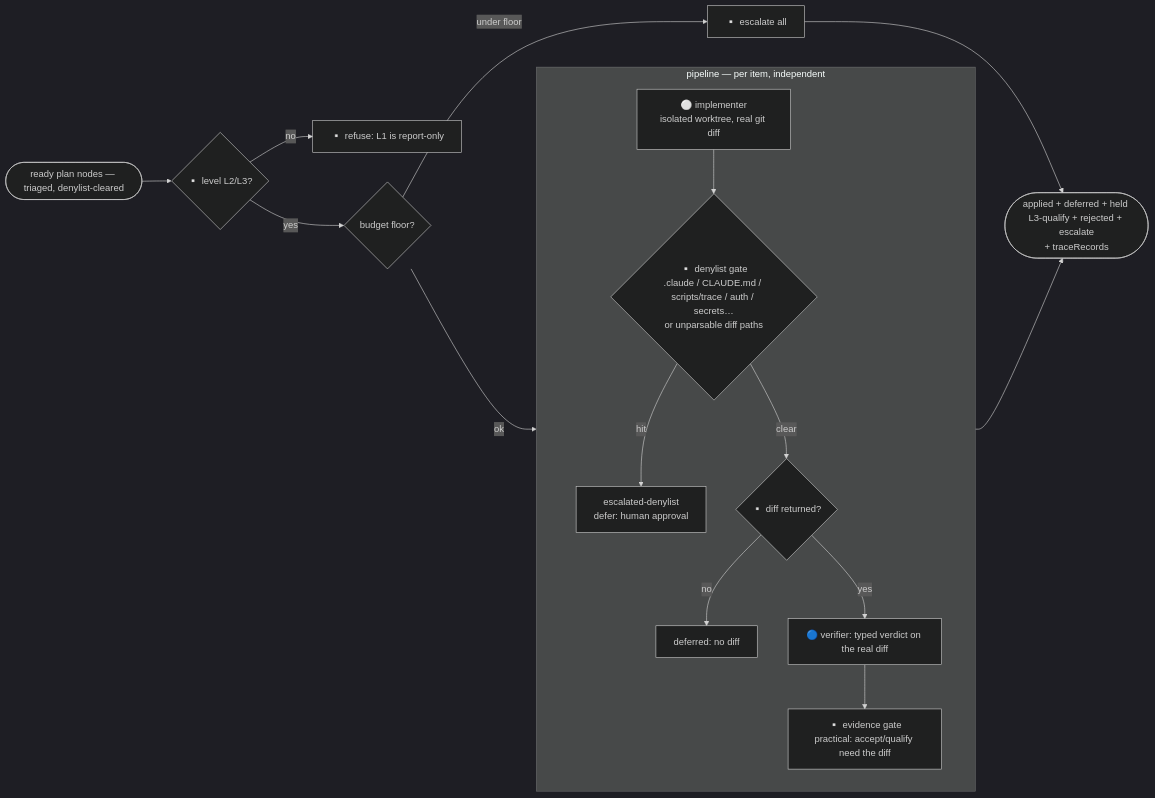
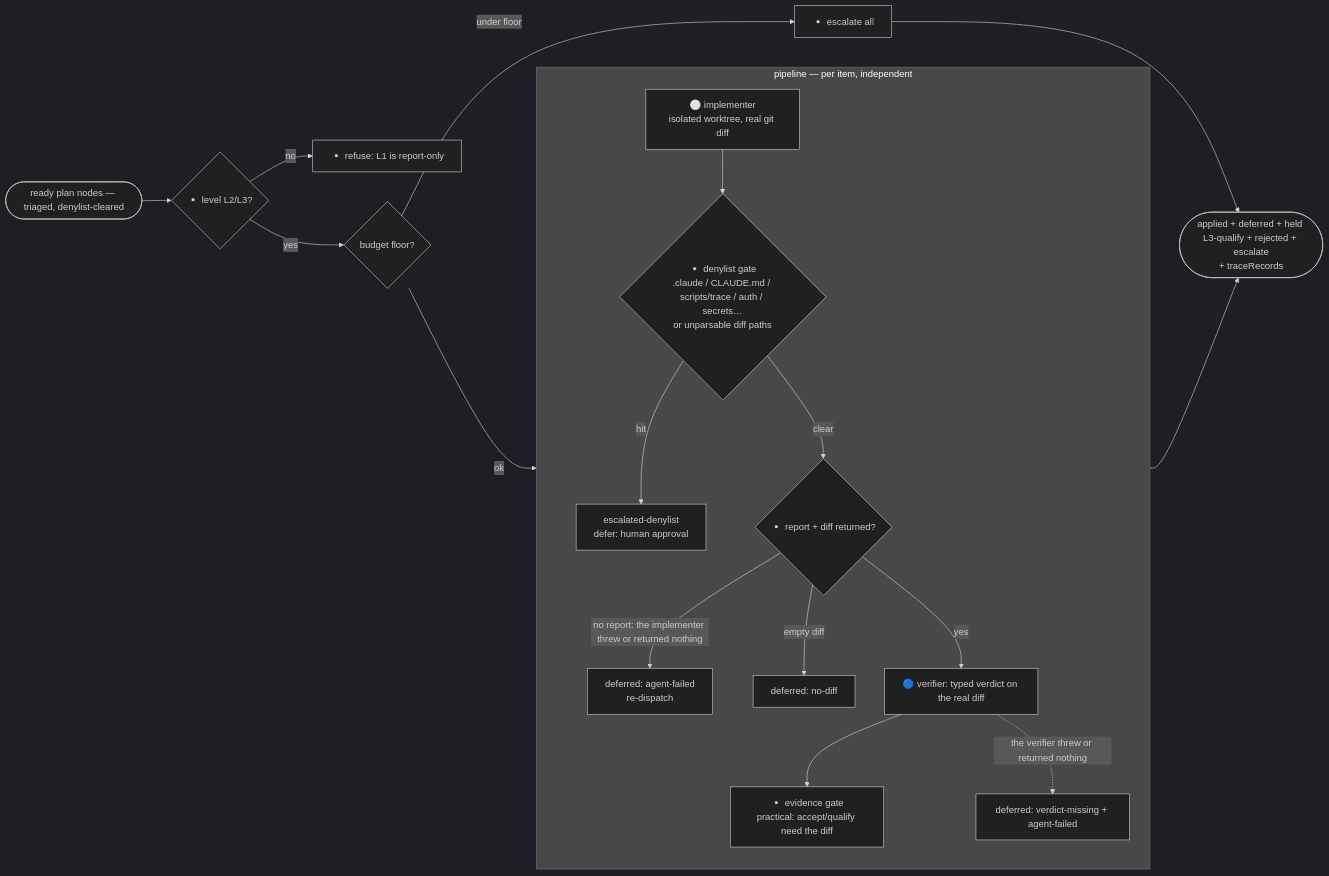
Before and after one commit to dominno/loop-setup: the sixth of 7 diagrams in docs/workflow-graphs.md, drawn with Mermaid (dark theme). The commit also changed other lines of this file and 13 other files, not shown here.

First line of the commit message:
Workflows: agent failures never vanish (catch to defer, agent-failed gate, bench run accounting)

````diff
--- a/docs/workflow-graphs.md
+++ b/docs/workflow-graphs.md
@@ -139,18 +150,20 @@
 ```mermaid
 flowchart LR
   items([ready plan nodes — triaged, denylist-cleared]) --> lvl{▫️ level L2/L3?}
   lvl -- no --> err[▫️ refuse: L1 is report-only]
   lvl -- yes --> budget{budget floor?}
   budget -- "under floor" --> esc0[▫️ escalate all]
   budget -- ok --> P
   subgraph P["pipeline — per item, independent"]
     impl[⚪ implementer<br/>isolated worktree, real git diff] --> dl{▫️ denylist gate<br/>.claude / CLAUDE.md / scripts/trace / auth / secrets…<br/>or unparsable diff paths}
     dl -- hit --> escd[escalated-denylist<br/>defer: human approval]
-    dl -- clear --> nd{▫️ diff returned?}
-    nd -- no --> dfr[deferred: no diff]
+    dl -- clear --> nd{▫️ report + diff returned?}
+    nd -- "no report: the implementer threw or returned nothing" --> daf[deferred: agent-failed<br/>re-dispatch]
+    nd -- "empty diff" --> dfr[deferred: no-diff]
     nd -- yes --> ver[🔵 verifier: typed verdict on the real diff]
     ver --> eg[▫️ evidence gate<br/>practical: accept/qualify need the diff]
+    ver -.->|the verifier threw or returned nothing| vaf[deferred: verdict-missing + agent-failed]
   end
   P --> out([applied + deferred + held L3-qualify + rejected + escalate<br/>+ traceRecords])
   esc0 --> out
 ```
````
